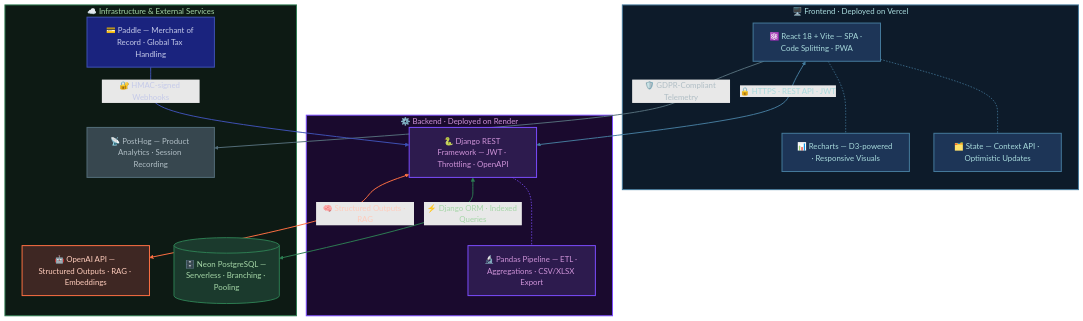
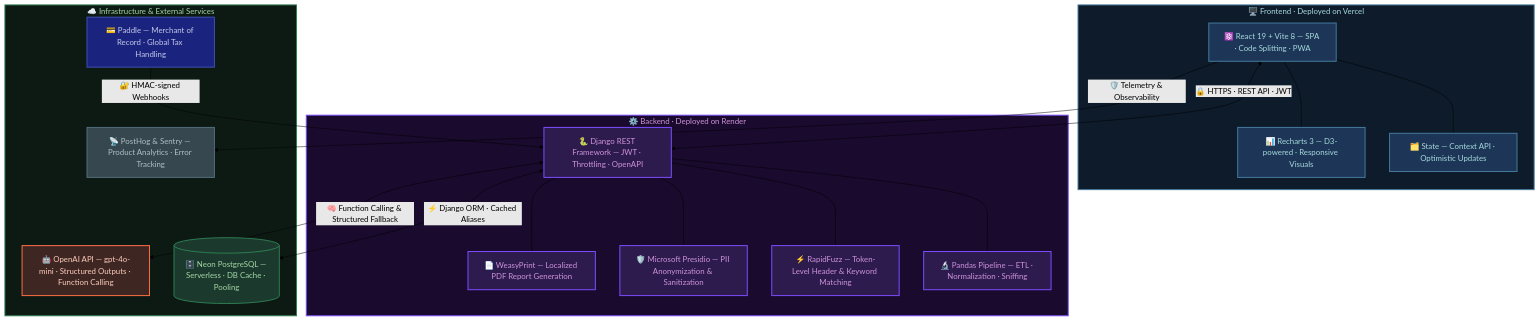
Before and after one commit to ravion223/brio-ai-showcase: the diagram in README.md, drawn with Mermaid (forest theme). The commit also changed other lines of this file and 1 other file, not shown here.

First line of the commit message:
docs: enhance full-stack architecture details and update ThemeProvider snippet

````diff
--- a/README.md
+++ b/README.md
@@ -53,59 +53,56 @@
 ```mermaid
 graph TD
 
     subgraph FE["🖥️ Frontend · Deployed on Vercel"]
-        React["⚛️ React 18 + Vite — SPA · Code Splitting · PWA"]
+        React["⚛️ React 19 + Vite 8 — SPA · Code Splitting · PWA"]
         State["🗂️ State — Context API · Optimistic Updates"]
-        Charts["📊 Recharts — D3-powered · Responsive Visuals"]
+        Charts["📊 Recharts 3 — D3-powered · Responsive Visuals"]
         React --- State
         React --- Charts
     end
 
     subgraph BE["⚙️ Backend · Deployed on Render"]
         Django["🐍 Django REST Framework — JWT · Throttling · OpenAPI"]
-        Pandas["🔬 Pandas Pipeline — ETL · Aggregations · CSV/XLSX Export"]
+        Pandas["🔬 Pandas Pipeline — ETL · Normalization · Sniffing"]
+        Fuzz["⚡ RapidFuzz — Token-Level Header & Keyword Matching"]
+        Presidio["🛡️ Microsoft Presidio — PII Anonymization & Sanitization"]
+        Weasy["📄 WeasyPrint — Localized PDF Report Generation"]
         Django --- Pandas
+        Django --- Fuzz
+        Django --- Presidio
+        Django --- Weasy
     end
 
     subgraph INFRA["☁️ Infrastructure & External Services"]
-        DB[("🗄️ Neon PostgreSQL — Serverless · Branching · Pooling")]
-        OpenAI["🤖 OpenAI API — Structured Outputs · RAG · Embeddings"]
+        DB[("🗄️ Neon PostgreSQL — Serverless · DB Cache · Pooling")]
+        OpenAI["🤖 OpenAI API — gpt-4o-mini · Structured Outputs · Function Calling"]
         Paddle["💳 Paddle — Merchant of Record · Global Tax Handling"]
-        PostHog["📡 PostHog — Product Analytics · Session Recording"]
+        Telemetry["📡 PostHog & Sentry — Product Analytics · Error Tracking"]
     end
 
     React <-->|🔒 HTTPS · REST API · JWT| Django
-    React -->|🛡️ GDPR-Compliant Telemetry| PostHog
-    Django <-->|⚡ Django ORM · Indexed Queries| DB
-    Django <-->|🧠 Structured Outputs · RAG| OpenAI
+    React -->|🛡️ Telemetry & Observability| Telemetry
+    Django <-->|⚡ Django ORM · Cached Aliases| DB
+    Django <-->|🧠 Function Calling & Structured Fallback| OpenAI
     Paddle -->|🔐 HMAC-signed Webhooks| Django
 
     %% ── Node Styles ─────────────────────────────────────────────
     classDef frontendNode  fill:#1d3557,stroke:#457b9d,stroke-width:2px,color:#a8dadc
     classDef backendNode   fill:#2d1b4e,stroke:#7c4dff,stroke-width:2px,color:#ce93d8
     classDef dbNode        fill:#1b3a2d,stroke:#2e7d52,stroke-width:2px,color:#a5d6a7
     classDef aiNode        fill:#3e2723,stroke:#ff7043,stroke-width:2px,color:#ffccbc
     classDef paymentsNode  fill:#1a237e,stroke:#3f51b5,stroke-width:2px,color:#c5cae9
     classDef analyticsNode fill:#37474f,stroke:#546e7a,stroke-width:2px,color:#b0bec5
 
     class React,State,Charts frontendNode
-    class Django,Pandas backendNode
+    class Django,Pandas,Fuzz,Presidio,Weasy backendNode
     class DB dbNode
     class OpenAI aiNode
     class Paddle paymentsNode
-    class PostHog analyticsNode
+    class Telemetry analyticsNode
 
     %% ── Subgraph Styles ─────────────────────────────────────────
     style FE    fill:#0d1b2a,stroke:#457b9d,stroke-width:2px,color:#a8dadc
     style BE    fill:#1a0a2e,stroke:#7c4dff,stroke-width:2px,color:#ce93d8
     style INFRA fill:#0d1a14,stroke:#2e7d52,stroke-width:2px,color:#a5d6a7
-
-    %% ── Link Styles ─────────────────────────────────────────────
-    linkStyle 0,1 stroke:#457b9d,stroke-width:1.5px,stroke-dasharray: 3 3
-    linkStyle 2   stroke:#7c4dff,stroke-width:1.5px,stroke-dasharray: 3 3
-    linkStyle 3   stroke:#457b9d,stroke-width:2px,color:#a8dadc
-    linkStyle 4   stroke:#546e7a,stroke-width:2px,color:#b0bec5
-    linkStyle 5   stroke:#2e7d52,stroke-width:2px,color:#a5d6a7
-    linkStyle 6   stroke:#ff7043,stroke-width:2px,color:#ffccbc
-    linkStyle 7   stroke:#3f51b5,stroke-width:2px,color:#c5cae9
 ```
````
